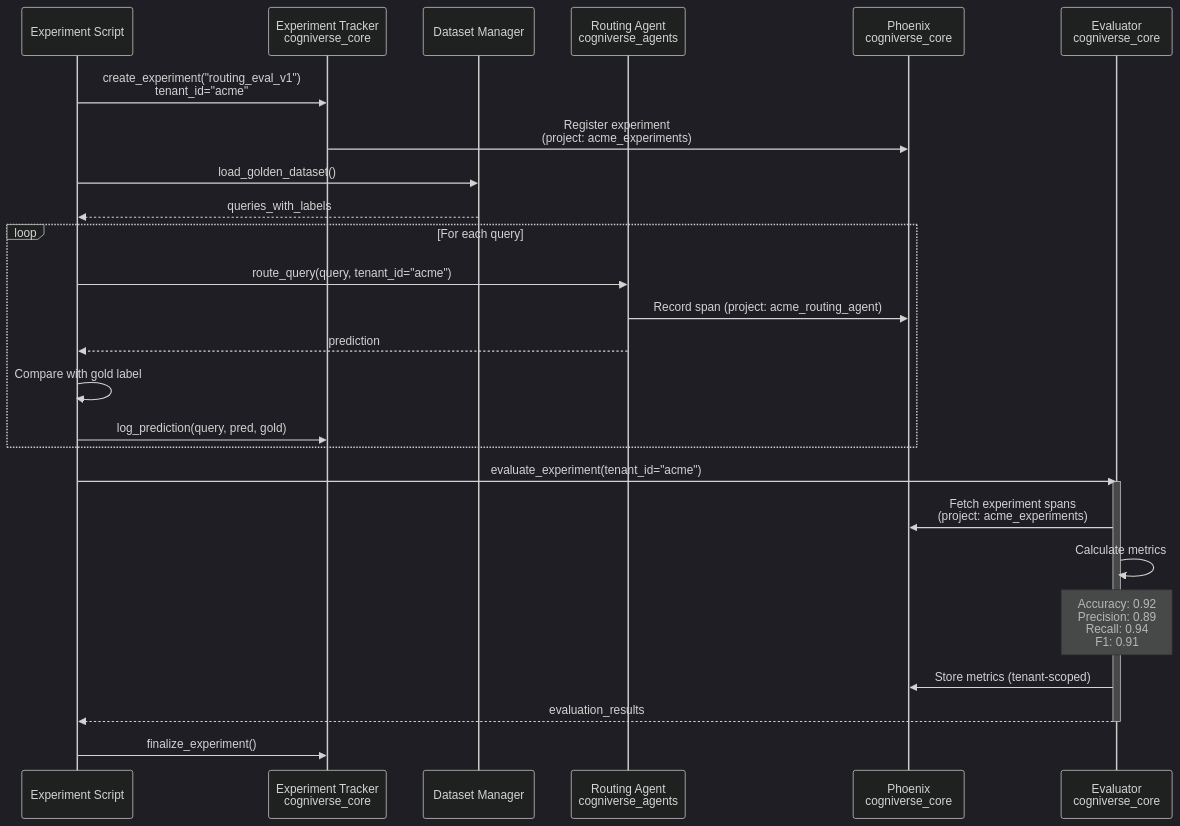
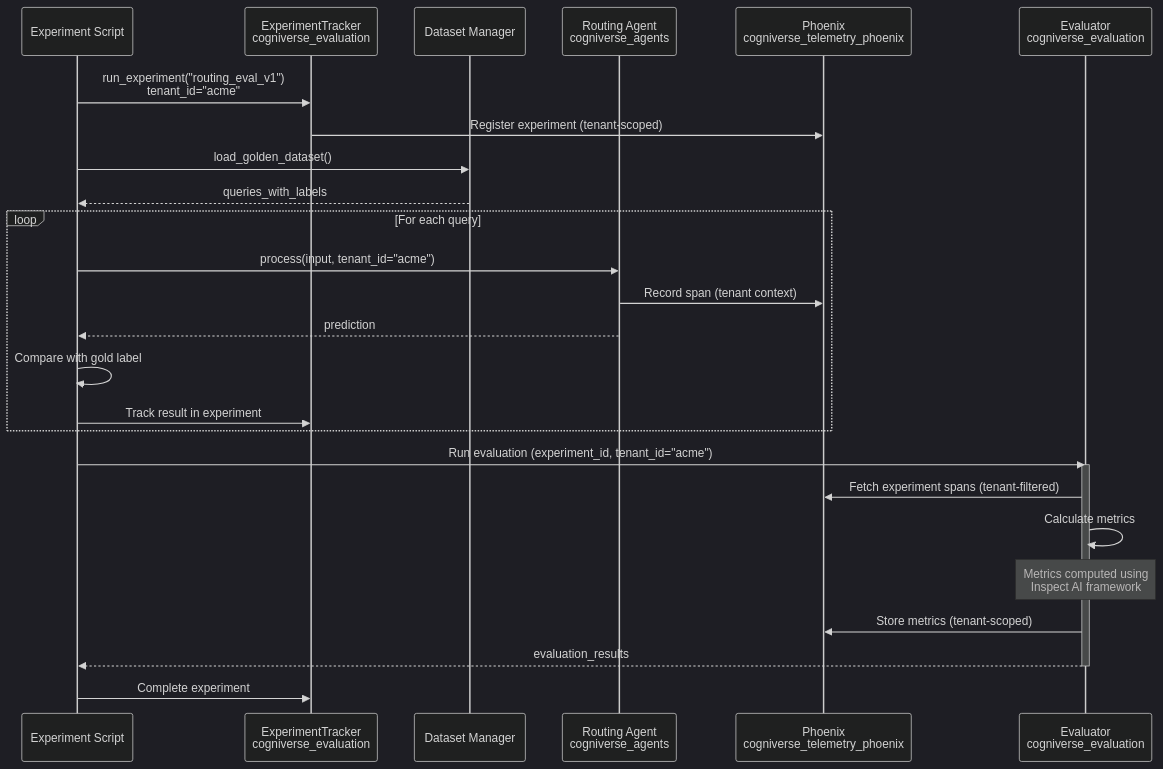
Diagram 14 of 24 in docs/architecture/system-flows.md (amit-jain/cogniverse), drawn with Mermaid (dark theme) before and after one commit. The commit also changed other lines of this file and 83 other files, not shown here.

First line of the commit message:
Fix documentation veracity, formatting, and diagrams across all modules

````diff
--- a/docs/architecture/system-flows.md
+++ b/docs/architecture/system-flows.md
@@ -673,36 +607,36 @@
 ```mermaid
 sequenceDiagram
     participant Script as Experiment Script
-    participant Tracker as Experiment Tracker<br/>cogniverse_core
+    participant Tracker as ExperimentTracker<br/>cogniverse_evaluation
     participant Dataset as Dataset Manager
     participant Routing as Routing Agent<br/>cogniverse_agents
-    participant Phoenix as Phoenix<br/>cogniverse_core
-    participant Eval as Evaluator<br/>cogniverse_core
+    participant Phoenix as Phoenix<br/>cogniverse_telemetry_phoenix
+    participant Eval as Evaluator<br/>cogniverse_evaluation
 
-    Script->>Tracker: create_experiment("routing_eval_v1")<br/>tenant_id="acme"
-    Tracker->>Phoenix: Register experiment<br/>(project: acme_experiments)
+    Script->>Tracker: run_experiment("routing_eval_v1")<br/>tenant_id="acme"
+    Tracker->>Phoenix: Register experiment (tenant-scoped)
 
     Script->>Dataset: load_golden_dataset()
     Dataset-->>Script: queries_with_labels
 
     loop For each query
-        Script->>Routing: route_query(query, tenant_id="acme")
-        Routing->>Phoenix: Record span (project: acme_routing_agent)
+        Script->>Routing: process(input, tenant_id="acme")
+        Routing->>Phoenix: Record span (tenant context)
         Routing-->>Script: prediction
 
         Script->>Script: Compare with gold label
-        Script->>Tracker: log_prediction(query, pred, gold)
+        Script->>Tracker: Track result in experiment
     end
 
-    Script->>Eval: evaluate_experiment(tenant_id="acme")
+    Script->>Eval: Run evaluation (experiment_id, tenant_id="acme")
 
     activate Eval
-    Eval->>Phoenix: Fetch experiment spans<br/>(project: acme_experiments)
+    Eval->>Phoenix: Fetch experiment spans (tenant-filtered)
     Eval->>Eval: Calculate metrics
-    Note over Eval: Accuracy: 0.92<br/>Precision: 0.89<br/>Recall: 0.94<br/>F1: 0.91
+    Note over Eval: Metrics computed using<br/>Inspect AI framework
     Eval->>Phoenix: Store metrics (tenant-scoped)
     Eval-->>Script: evaluation_results
     deactivate Eval
 
-    Script->>Tracker: finalize_experiment()
+    Script->>Tracker: Complete experiment
 ```
````
